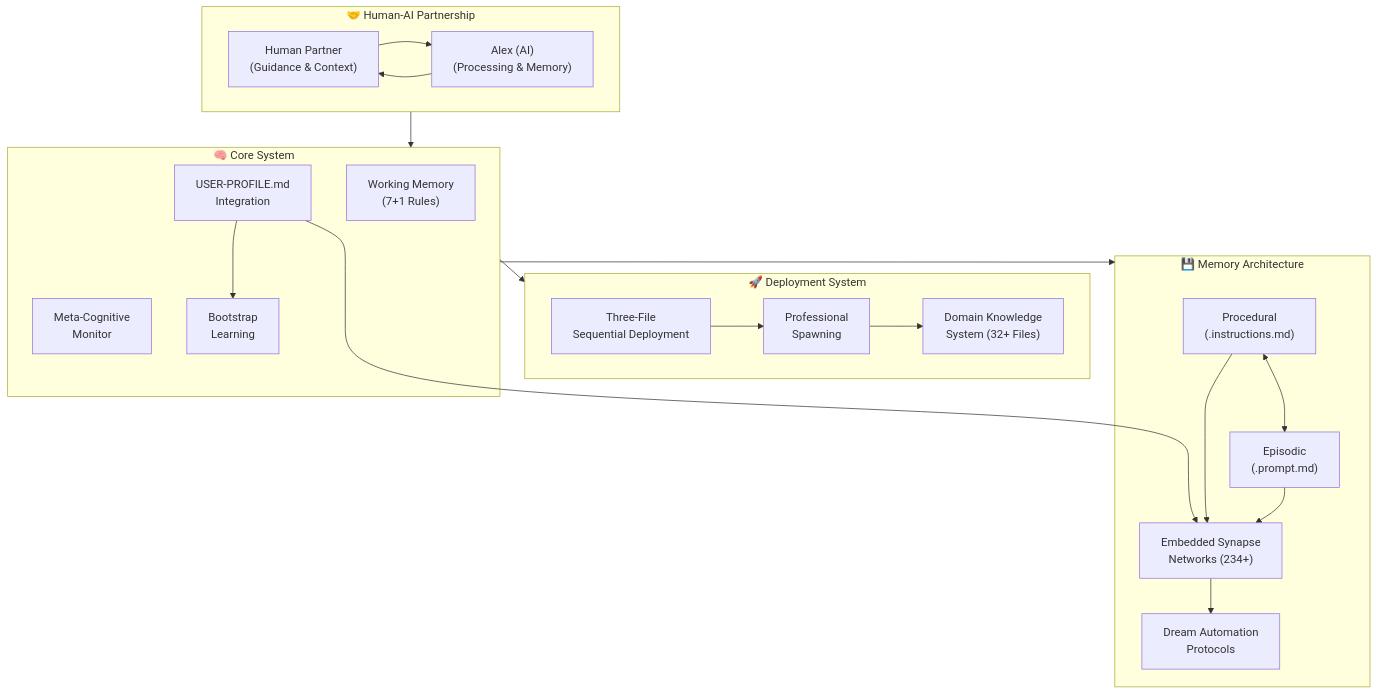
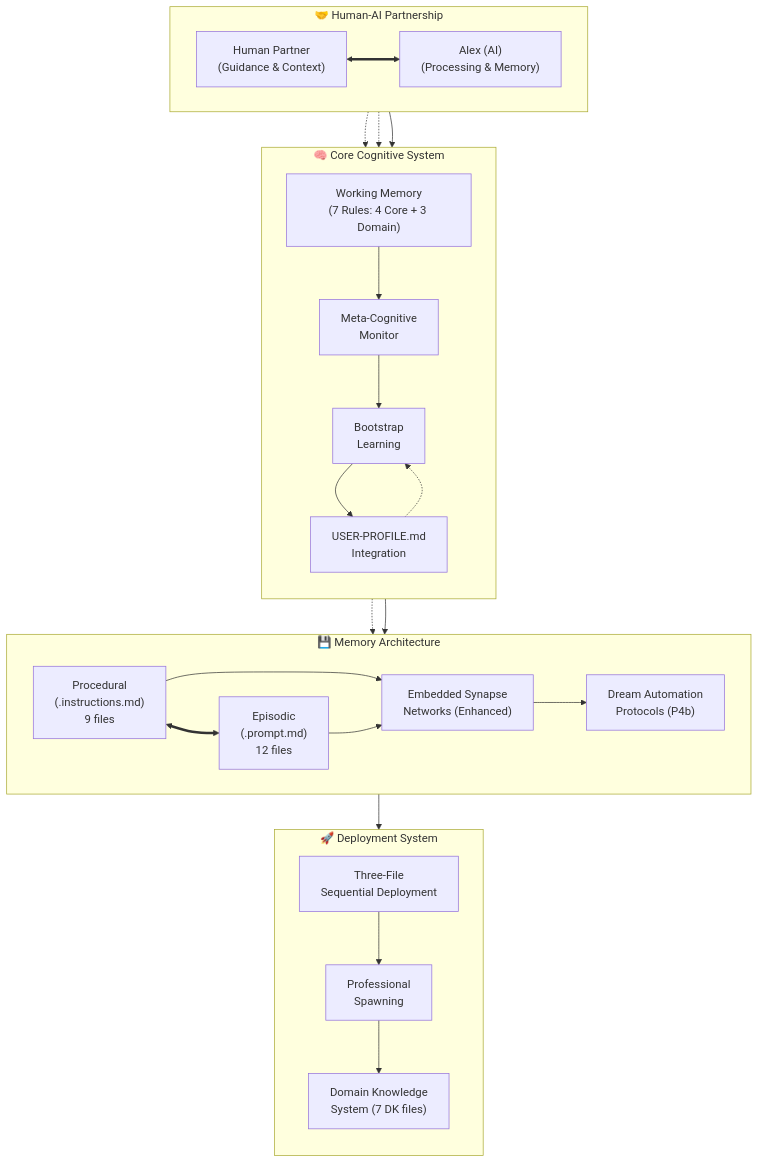
One commit to fabioc-aloha/Catalyst-NEWBORN changed the first of 8 diagrams in ArchitectureDiagrams.md. Above: the diagram before and after it, drawn with Mermaid. The commit also changed other lines of this file, not shown here.

First line of the commit message:
Enhanced Mermaid diagram layouts and flow organization

````diff
--- a/ArchitectureDiagrams.md
+++ b/ArchitectureDiagrams.md
@@ -11,54 +11,62 @@
 ```mermaid
-graph TD
-    %% Human-AI Partnership Layer
+flowchart TD
+    %% Top Level - Human-AI Partnership
     subgraph Partnership["🤝 Human-AI Partnership"]
+        direction LR
         Human["Human Partner<br/>(Guidance & Context)"]
         Alex["Alex (AI)<br/>(Processing & Memory)"]
+        Human <==> Alex
     end
 
-    %% Core Cognitive Layer
-    subgraph Core["🧠 Core System"]
-        WM["Working Memory<br/>(7+1 Rules)"]
+    %% Second Level - Core Cognitive Processing
+    subgraph Core["🧠 Core Cognitive System"]
+        direction TB
+        WM["Working Memory<br/>(7 Rules: 4 Core + 3 Domain)"]
         MC["Meta-Cognitive<br/>Monitor"]
         BL["Bootstrap<br/>Learning"]
         UP["USER-PROFILE.md<br/>Integration"]
+
+        %% Internal cognitive flow
+        WM --> MC
+        MC --> BL
+        BL --> UP
     end
 
-    %% Professional Spawning Layer
-    subgraph Deploy["🚀 Deployment System"]
-        PS["Professional<br/>Spawning"]
-        DK["Domain Knowledge<br/>System (32+ Files)"]
-        TFS["Three-File<br/>Sequential Deployment"]
+    %% Third Level - Memory Architecture
+    subgraph Memory["💾 Memory Architecture"]
+        direction LR
+        Procedural["Procedural<br/>(.instructions.md)<br/>9 files"]
+        Episodic["Episodic<br/>(.prompt.md)<br/>12 files"]
+        Synapse["Embedded Synapse<br/>Networks (Enhanced)"]
+        Dream["Dream Automation<br/>Protocols (P4b)"]
+
+        %% Memory interconnections
+        Procedural <==> Episodic
+        Procedural --> Synapse
+        Episodic --> Synapse
+        Synapse --> Dream
     end
 
-    %% Memory Processing Layer
-    subgraph Memory["💾 Memory Architecture"]
-        Procedural["Procedural<br/>(.instructions.md)"]
-        Episodic["Episodic<br/>(.prompt.md)"]
-        Synapse["Embedded Synapse<br/>Networks (234+)"]
-        Dream["Dream Automation<br/>Protocols"]
+    %% Fourth Level - Deployment System
+    subgraph Deploy["🚀 Deployment System"]
+        direction TB
+        TFS["Three-File<br/>Sequential Deployment"]
+        PS["Professional<br/>Spawning"]
+        DK["Domain Knowledge<br/>System (7 DK files)"]
+
+        %% Deployment flow
+        TFS --> PS
+        PS --> DK
     end
 
-    %% Partnership flows
-    Human --> Alex
-    Alex --> Human
+    %% Main vertical flow
+    Partnership --> Core
+    Core --> Memory
+    Memory --> Deploy
 
-    %% Core flows
-    Partnership --> Core
-    Core --> Deploy
-    Core --> Memory
-
-    %% User profile integration
-    UP --> Synapse
-    UP --> BL
-
-    %% Memory connections
-    Procedural <--> Episodic
-    Procedural --> Synapse
-    Episodic --> Synapse
-    Synapse --> Dream
-
-    %% Deployment flows
-    PS --> DK
-    TFS --> PS
+    %% Cross-layer connections
+    UP -.-> Synapse
+    UP -.-> BL
+    Human -.-> BL
+    Alex -.-> MC
 ```
````
